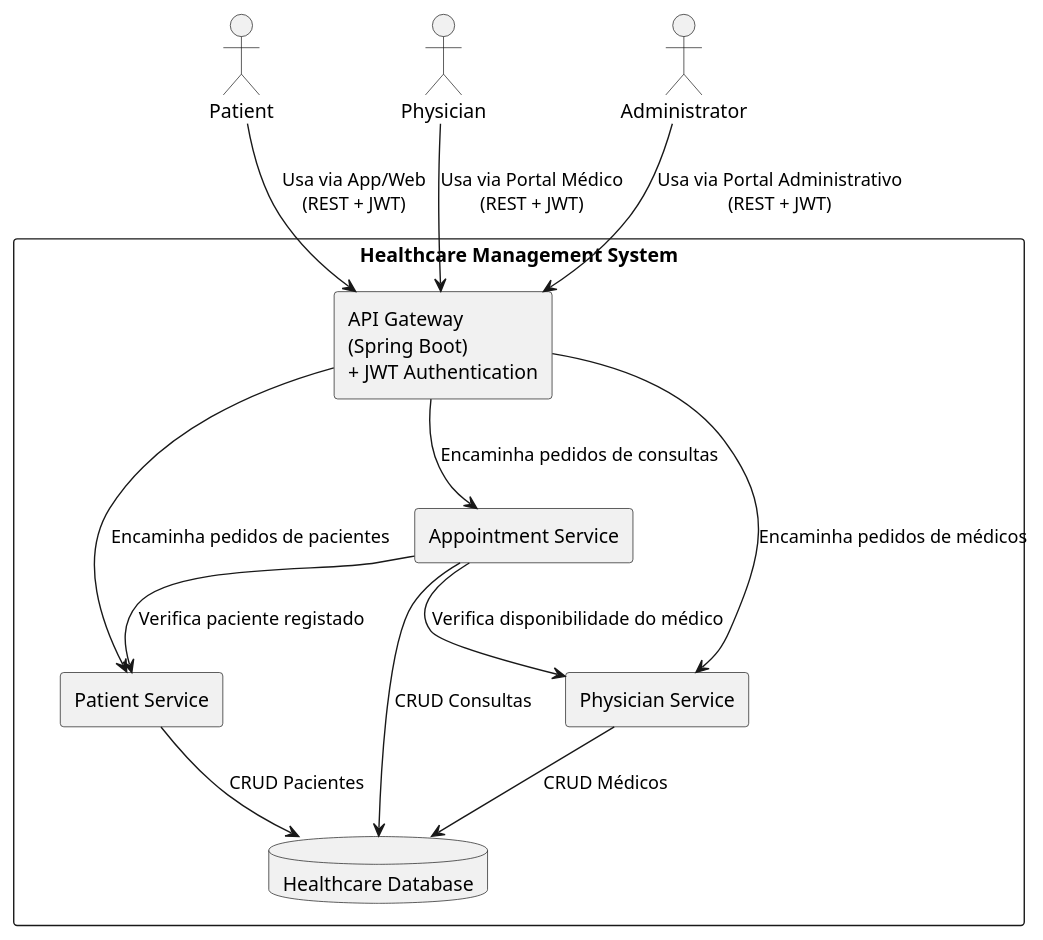
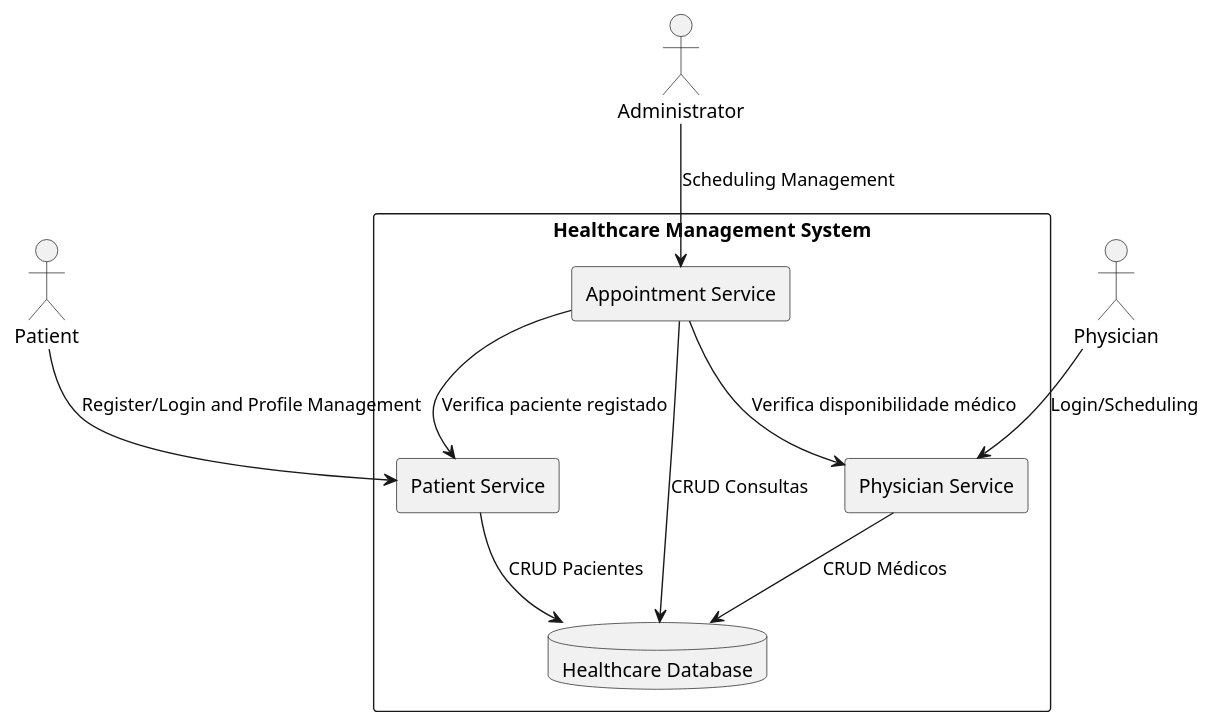
One commit to 1211104/PROJ_SIDIS2025 changed the diagram in docs/Vista lógica/C2.puml. Above: the diagram before and after it, drawn with PlantUML.

Commit message:
Updated C2

```diff
--- a/docs/Vista lógica/C2.puml
+++ b/docs/Vista lógica/C2.puml
@@ -1,34 +1,27 @@
-@startuml HealthcareSystem_Microservices_SingleDB_Simple
+@startuml HealthcareSystem_Microservices_SingleDB_NoGateway
 
 actor "Patient" as patient
 actor "Physician" as physician
 actor "Administrator" as admin
 
 rectangle "Healthcare Management System" {
 
-    rectangle "API Gateway\n(Spring Boot)\n+ JWT Authentication" as apiGateway
     rectangle "Patient Service" as patientService
     rectangle "Physician Service" as physicianService
     rectangle "Appointment Service" as appointmentService
+
     database "Healthcare Database" as db
 }
 
-patient --> apiGateway : Usa via App/Web\n(REST + JWT)
-physician --> apiGateway : Usa via Portal Médico\n(REST + JWT)
-admin --> apiGateway : Usa via Portal Administrativo\n(REST + JWT)
+patient --> patientService : Register/Login and Profile Management
+physician --> physicianService : Login/Scheduling
+admin --> appointmentService : Scheduling Management
 
-' --- Gateway e microserviços ---
-apiGateway --> patientService : Encaminha pedidos de pacientes
-apiGateway --> physicianService : Encaminha pedidos de médicos
-apiGateway --> appointmentService : Encaminha pedidos de consultas
+appointmentService --> patientService : Verifica paciente registado
+appointmentService --> physicianService : Verifica disponibilidade médico
 
-' --- Comunicação interna ---
-appointmentService --> patientService : Verifica paciente registado
-appointmentService --> physicianService : Verifica disponibilidade do médico
-
-' --- Base de dados única ---
 patientService --> db : CRUD Pacientes
 physicianService --> db : CRUD Médicos
 appointmentService --> db : CRUD Consultas
 
 @enduml
```
